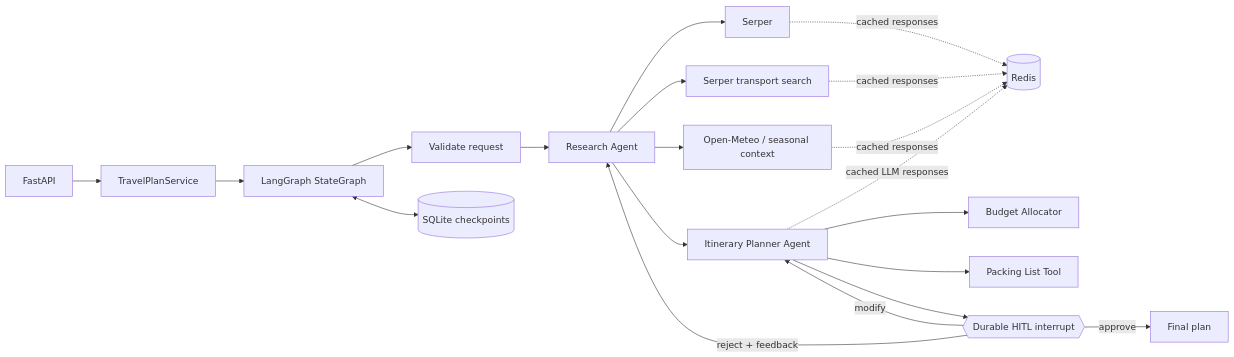
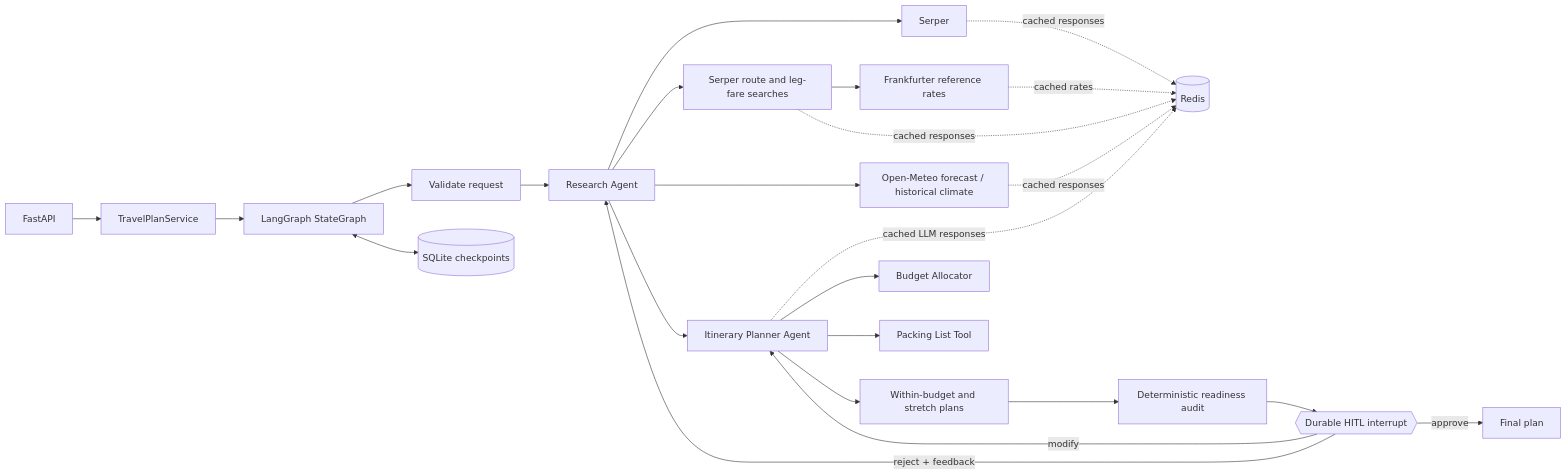
One commit to Deltan2002/TravelPlannerAgent changed the diagram in README.md. Above: the diagram before and after it, drawn with Mermaid. The commit also changed other lines of this file and 17 other files, not shown here.

Commit message:
Improve travel planning and add readiness audit

````diff
--- a/README.md
+++ b/README.md
@@ -14,22 +16,26 @@
 ```mermaid
 flowchart LR
     API[FastAPI] --> SVC[TravelPlanService]
     SVC --> GRAPH[LangGraph StateGraph]
     GRAPH --> VALIDATE[Validate request]
     VALIDATE --> RESEARCH[Research Agent]
     RESEARCH --> WS[Serper]
-    RESEARCH --> TRANSPORT[Serper transport search]
-    RESEARCH --> WEATHER[Open-Meteo / seasonal context]
+    RESEARCH --> TRANSPORT[Serper route and leg-fare searches]
+    TRANSPORT --> FX[Frankfurter reference rates]
+    RESEARCH --> WEATHER[Open-Meteo forecast / historical climate]
     WS -. cached responses .-> REDIS[(Redis)]
     TRANSPORT -. cached responses .-> REDIS
+    FX -. cached rates .-> REDIS
     WEATHER -. cached responses .-> REDIS
     RESEARCH --> PLANNER[Itinerary Planner Agent]
     PLANNER -. cached LLM responses .-> REDIS
     PLANNER --> BUDGET[Budget Allocator]
     PLANNER --> PACKING[Packing List Tool]
-    PLANNER --> REVIEW{{Durable HITL interrupt}}
+    PLANNER --> OPTIONS[Within-budget and stretch plans]
+    OPTIONS --> AUDIT[Deterministic readiness audit]
+    AUDIT --> REVIEW{{Durable HITL interrupt}}
     REVIEW -->|approve| FINAL[Final plan]
     REVIEW -->|reject + feedback| RESEARCH
     REVIEW -->|modify| PLANNER
     GRAPH <--> SQLITE[(SQLite checkpoints)]
 ```
````
